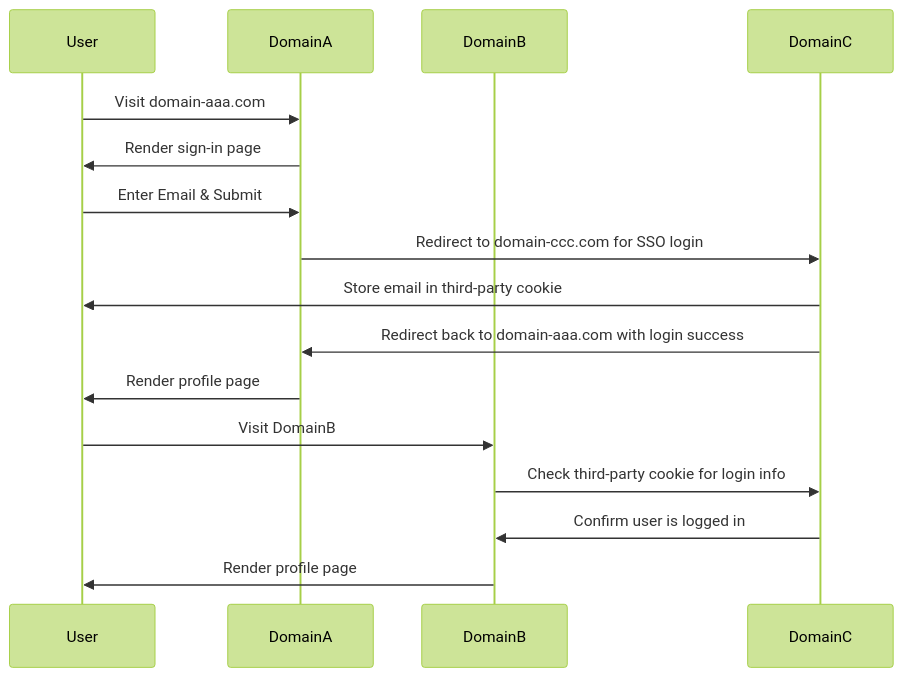
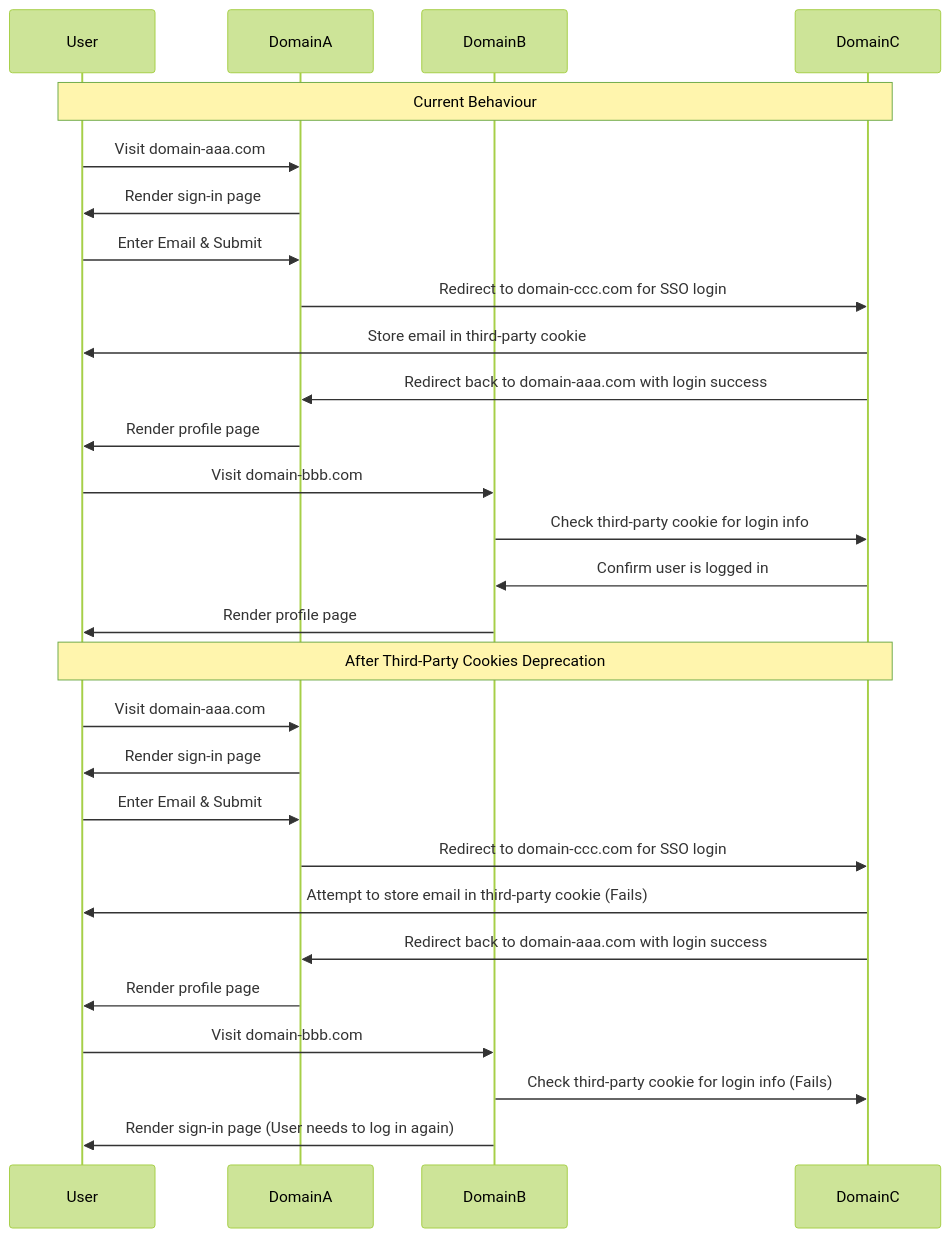
The fourth of 4 diagrams in README.md (rtCamp/psat-demos), drawn with Mermaid (forest theme) before and after one commit. The commit also changed other lines of this file, not shown here.

Commit message:
Update sequence diagram in the README.md

````diff
--- a/README.md
+++ b/README.md
@@ -214,20 +230,37 @@
 ```mermaid
 sequenceDiagram
     participant User
     participant DomainA
     participant DomainB
     participant DomainC
+
+    Note over User,DomainC: Current Behaviour
 
     User->>DomainA: Visit domain-aaa.com
     DomainA->>User: Render sign-in page
     User->>DomainA: Enter Email & Submit
     DomainA->>DomainC: Redirect to domain-ccc.com for SSO login
     DomainC->>User: Store email in third-party cookie
     DomainC->>DomainA: Redirect back to domain-aaa.com with login success
     DomainA->>User: Render profile page
     
-    User->>DomainB: Visit DomainB
+    User->>DomainB: Visit domain-bbb.com
     DomainB->>DomainC: Check third-party cookie for login info
     DomainC->>DomainB: Confirm user is logged in
     DomainB->>User: Render profile page
+
+    Note over User,DomainC: After Third-Party Cookies Deprecation
+
+    User->>DomainA: Visit domain-aaa.com
+    DomainA->>User: Render sign-in page
+    User->>DomainA: Enter Email & Submit
+    DomainA->>DomainC: Redirect to domain-ccc.com for SSO login
+    DomainC->>User: Attempt to store email in third-party cookie (Fails)
+    DomainC->>DomainA: Redirect back to domain-aaa.com with login success
+    DomainA->>User: Render profile page
+    
+    User->>DomainB: Visit domain-bbb.com
+    DomainB->>DomainC: Check third-party cookie for login info (Fails)
+    DomainB->>User: Render sign-in page (User needs to log in again)
+
 ```
````
